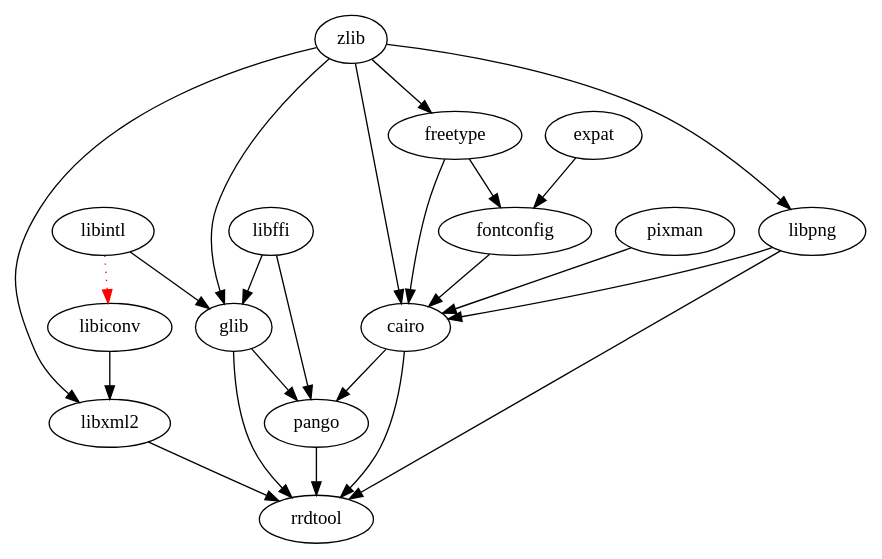
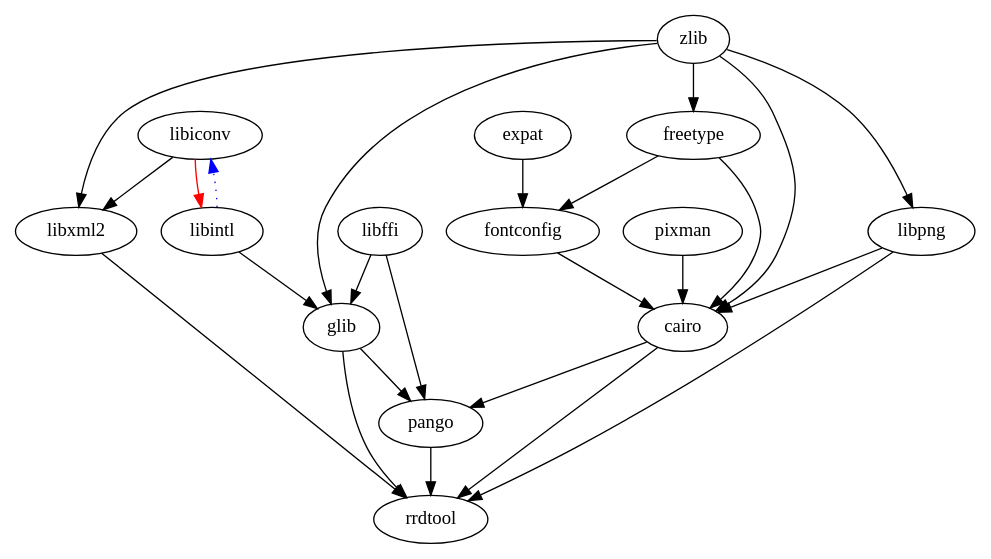
The diagram in building/rrdtool/build-rrdtool.dot (songdongsheng/osb), drawn with Graphviz before and after one commit. The commit also changed 2 other files, not shown here.

Commit message:
Minor update of rrdtool dependency graph

```diff
--- a/building/rrdtool/build-rrdtool.dot
+++ b/building/rrdtool/build-rrdtool.dot
@@ -1,35 +1,36 @@
 /*
     dot build-rrdtool.dot -T pdf -o build-rrdtool.pdf
     dot build-rrdtool.dot -T svg -o build-rrdtool.svg
  */
 digraph "rrdtool dependency graph" {
     zlib -> libpng;
     zlib -> freetype;
-    libintl -> libiconv [color=red, style=dotted];
+    libiconv -> libintl [color=red];
+    libintl -> libiconv [color=blue, style=dotted];
 
     libiconv -> libxml2;
     zlib -> libxml2;
 
     zlib -> glib;
     libffi -> glib;
     libintl -> glib;
 
     expat -> fontconfig;
     freetype -> fontconfig;
 
     fontconfig -> cairo;
     freetype -> cairo;
     libpng -> cairo;
     pixman -> cairo;
     zlib -> cairo;
 
     cairo -> pango;
     libffi -> pango;
     glib -> pango;
     
     cairo -> rrdtool;
     pango -> rrdtool;
     glib -> rrdtool;
     libpng -> rrdtool;
     libxml2 -> rrdtool;
 }
```
